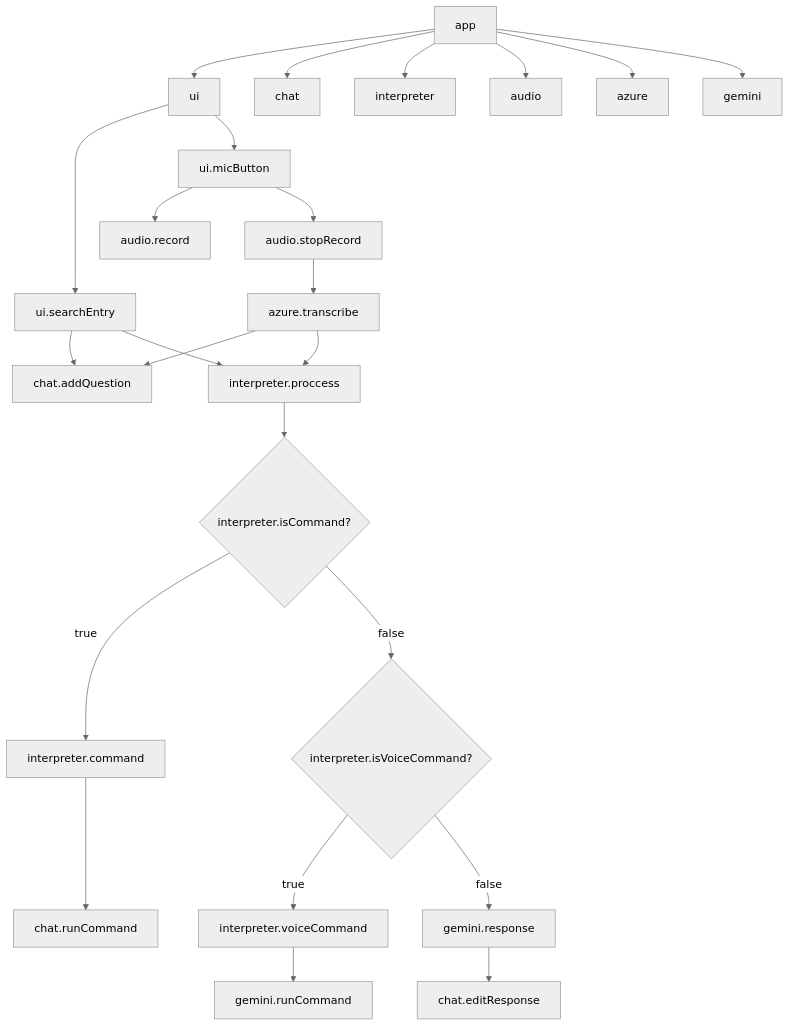
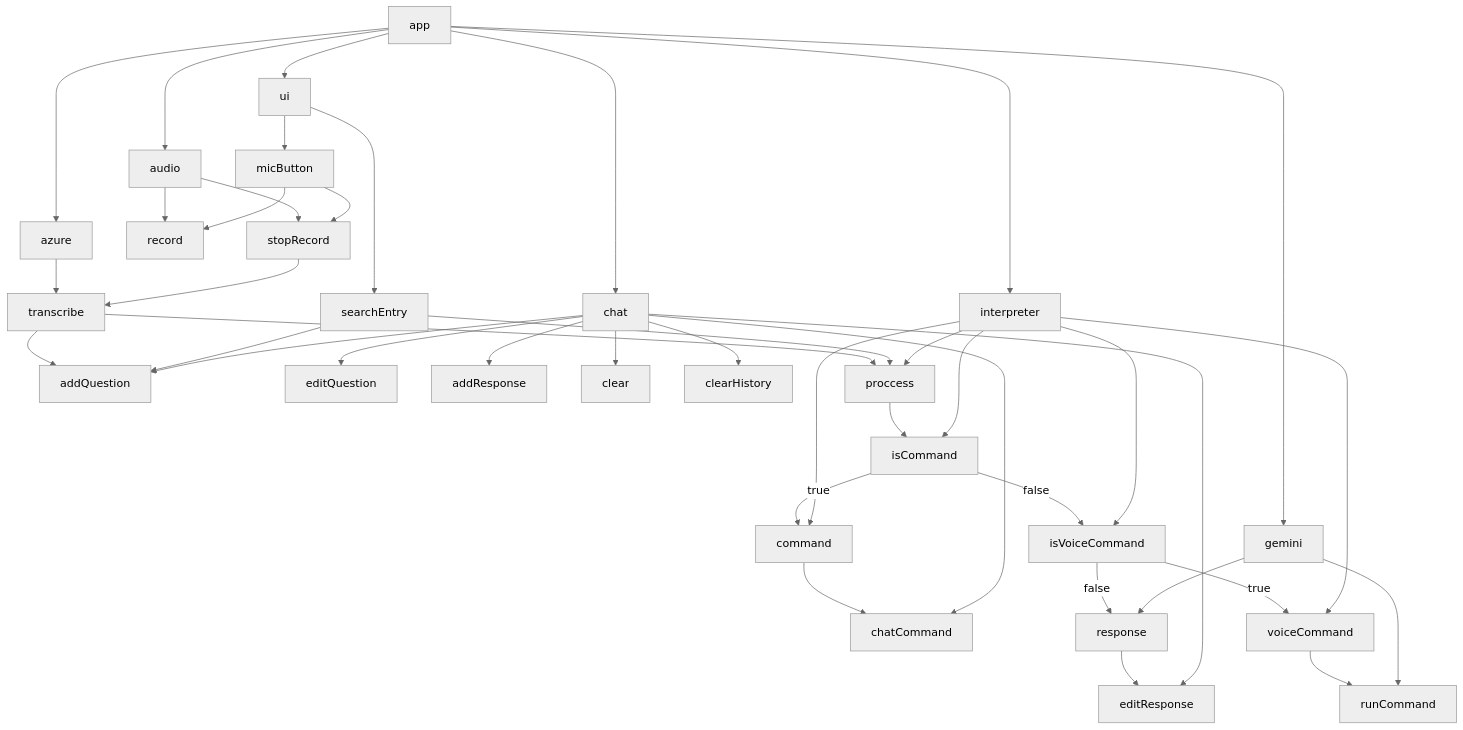
One commit to hermannhahn/aiva changed the diagram in Markdown.md. Above: the diagram before and after it, drawn with Mermaid (neutral theme). The commit also changed 1 other file, not shown here.

````diff
--- a/Markdown.md
+++ b/Markdown.md
@@ -1,34 +1,58 @@
 ```mermaid
 graph TD
     %% App
     APP[app] --> UI[ui]
     APP[app] --> CHAT[chat]
     APP[app] --> INTERPRETER[interpreter]
     APP[app] --> AUDIO[audio]
     APP[app] --> AZURE[azure]
     APP[app] --> GEMINI[gemini]
 
     %% UI
-    UI --> A
-    UI --> D
+    UI --> SEARCHENTRY[searchEntry]
+    UI --> MICBUTTON[micButton]
+    MICBUTTON --> RECORD
+    MICBUTTON --> STOPRECORD
 
-    %% Entry
-    A[ui.searchEntry] --> B[chat.addQuestion]
-    A --> C[interpreter.proccess]
+    %% CHAT
+    CHAT --> ADDQUESTION[addQuestion]
+    CHAT --> EDITQUESTION[editQuestion]
+    CHAT --> ADDRESPONSE[addResponse]
+    CHAT --> EDITRESPONSE[editResponse]
+    CHAT --> CHATCOMMAND[chatCommand]
+    CHAT --> CLEAR[clear]
+    CHAT --> CLEARHISTORY[clearHistory]
 
-    D[ui.micButton] --> E[audio.record]
-    D --> F[audio.stopRecord]
+    %% INTERPRETER
+    INTERPRETER --> PROCCESS[proccess]
+    INTERPRETER --> ISCOMMAND[isCommand]
+    INTERPRETER --> ISVOICECOMMAND[isVoiceCommand]
+    INTERPRETER --> COMMAND[command]
+    INTERPRETER --> VOICECOMMAND[voiceCommand]
 
-    %% Audio
-    F --> G[azure.transcribe]
-    G --> B
-    G --> C
+    %% AUDIO
+    AUDIO --> RECORD[record]
+    AUDIO --> STOPRECORD[stopRecord]
+    STOPRECORD --> TRANSCRIBE
 
-    %% Interpreter
-    C --> H{interpreter.isCommand?}
-    H -- true --> I[interpreter.command] --> J[chat.runCommand]
-    H -- false --> K{interpreter.isVoiceCommand?}
+    %% AZURE
+    AZURE --> TRANSCRIBE[transcribe]
 
-    K -- true --> L[interpreter.voiceCommand] --> M[gemini.runCommand]
-    K -- false --> N[gemini.response] --> O[chat.editResponse]
+    %% GEMINI
+    GEMINI --> RUNCOMMAND[runCommand]
+    GEMINI --> RESPONSE[response]
+
+    SEARCHENTRY --> ADDQUESTION
+    SEARCHENTRY --> PROCCESS
+
+
+    TRANSCRIBE --> ADDQUESTION
+    TRANSCRIBE --> PROCCESS
+
+    PROCCESS --> ISCOMMAND
+    ISCOMMAND -- true --> COMMAND --> CHATCOMMAND
+    ISCOMMAND -- false --> ISVOICECOMMAND
+
+    ISVOICECOMMAND -- true --> VOICECOMMAND --> RUNCOMMAND
+    ISVOICECOMMAND -- false --> RESPONSE --> EDITRESPONSE
 ```
````
